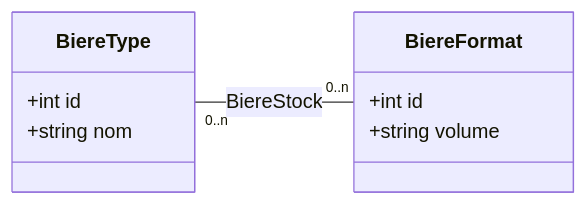
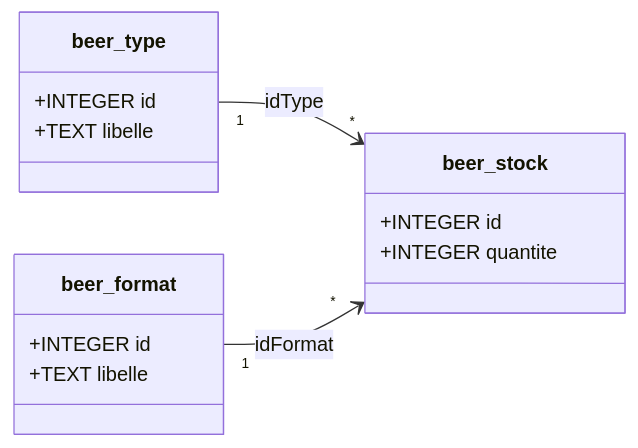
Before and after one commit to EducLecomte/dart_apirest: the diagram in TUTO_Conception_API.md, drawn with Mermaid.

````diff
--- a/TUTO_Conception_API.md
+++ b/TUTO_Conception_API.md
@@ -106,14 +106,19 @@
 ```mermaid
 classDiagram
     direction LR
-    class BiereType {
-        +int id
-        +string nom
+    class beer_type {
+        +INTEGER id
+        +TEXT libelle
     }
-    class BiereFormat {
-        +int id
-        +string volume
+    class beer_format {
+        +INTEGER id
+        +TEXT libelle
+    }
+    class beer_stock {
+        +INTEGER id
+        +INTEGER quantite
     }
 
-    BiereType "0..n" -- "0..n" BiereFormat : BiereStock
+    beer_type "1" --> "*" beer_stock : idType
+    beer_format "1" --> "*" beer_stock : idFormat
 ```
````
